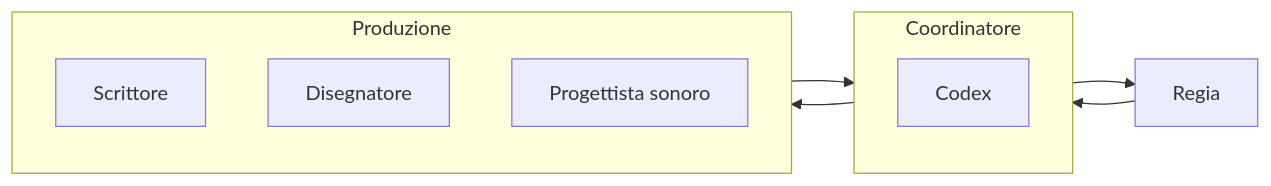
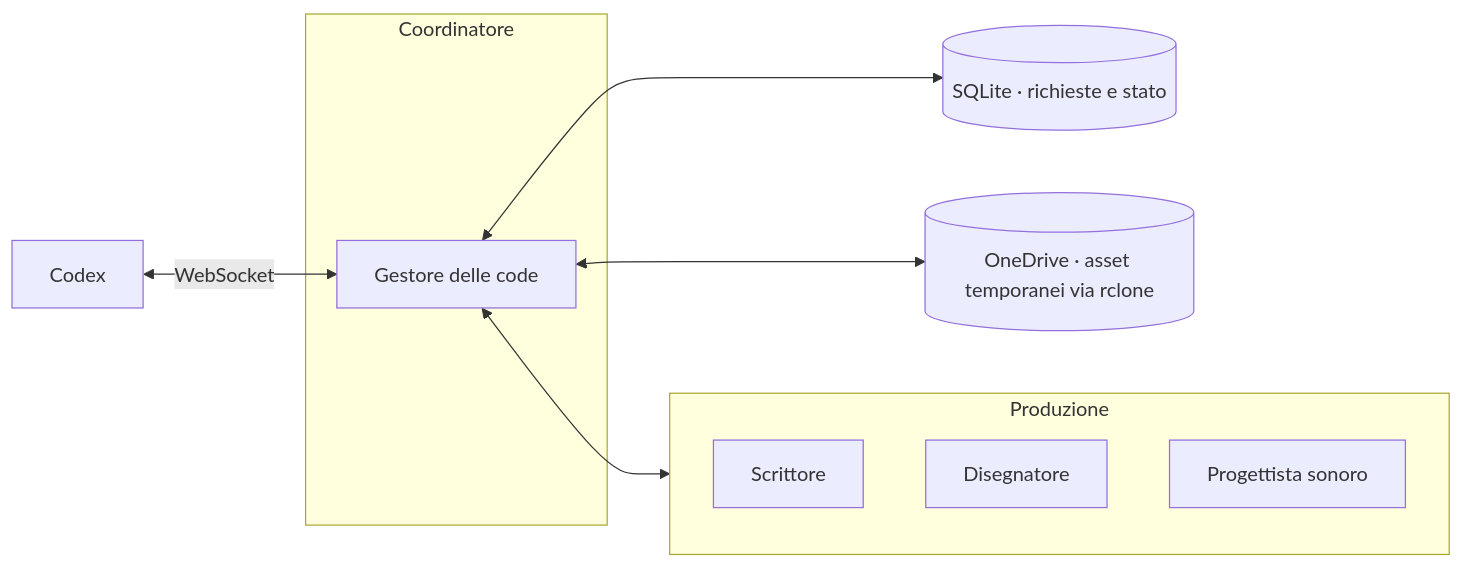
Before and after one commit to DRincs-Productions/LM-Studio: the second of 9 diagrams in README.md, drawn with Mermaid. The commit also changed other lines of this file, not shown here.

Commit message:
docs: show Rust queue manager with SQLite and rclone asset storage

````diff
--- a/README.md
+++ b/README.md
@@ -73,16 +73,18 @@
 ```mermaid
 flowchart LR
-    R[Regia]
+    R[Codex]
     subgraph COORD[Coordinatore]
-        C[Codex]
+        C[Gestore delle code]
     end
+    DB[(SQLite · richieste e stato)]
+    OD[(OneDrive · asset temporanei via rclone)]
     subgraph PRODUZIONE[Produzione]
         W[Scrittore]
         D[Disegnatore]
         S[Progettista sonoro]
     end
-    R --> COORD
-    COORD --> PRODUZIONE
-    PRODUZIONE --> COORD
-    COORD --> R
+    R <-->|WebSocket| C
+    C <--> DB
+    C <--> OD
+    C <--> PRODUZIONE
 ```
````
